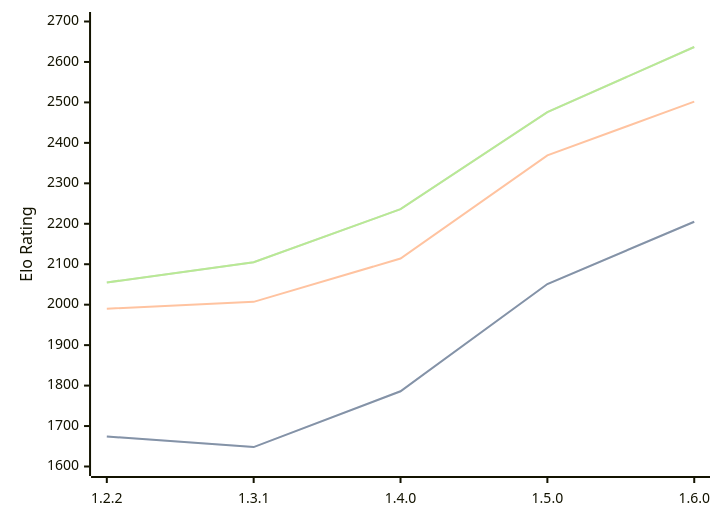
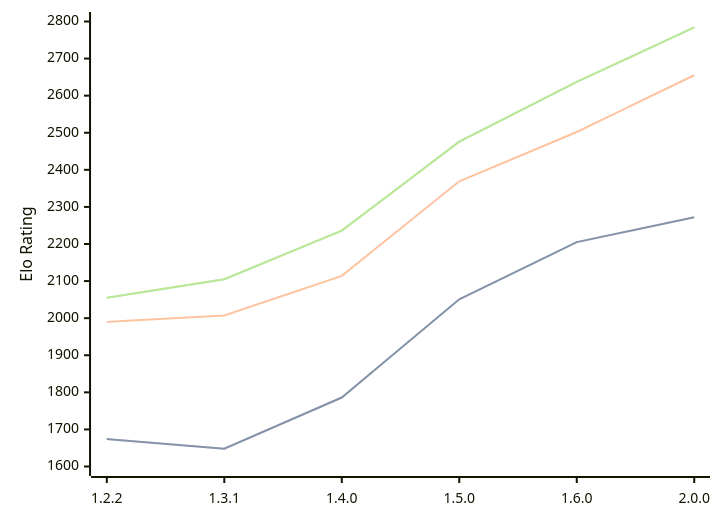
The diagram in engines/SoloEngine.md (computer-chess-index/cci), drawn with Mermaid before and after one commit. The commit also changed other lines of this file, not shown here.

Commit message:
Update CCI Ratings (ELO VLTC) - 2026-03-25

````diff
--- a/engines/SoloEngine.md
+++ b/engines/SoloEngine.md
@@ -36,11 +36,11 @@
 ```mermaid
 %%{init: {"theme":"base","themeVariables":{"seriesColors:['#a3a3a3','#222221','#faa371']}}}%%
 xychart-beta
-  x-axis ["1.2.2", "1.3.1", "1.4.0", "1.5.0", "1.6.0"]
-  y-axis "Elo Rating" 1600 --> 2700
-  line "STC (8.0+0.08s)" [1674, 1648, 1786, 2051, 2205]
-  line "STC (8.0+0.08s)" [1674, 1648, 1786, 2051, 2205]
-  line "LTC (60.0+0.60s)" [1990, 2007, 2114, 2369, 2502]
-  line "VLTC (2m24s+1.12s)" [2055, 2105, 2236, 2476, 2637]
-  line "VLTC (2m24s+1.12s)" [2055, 2105, 2236, 2476, 2637]
+  x-axis ["1.2.2", "1.3.1", "1.4.0", "1.5.0", "1.6.0", "2.0.0"]
+  y-axis "Elo Rating" 1600 --> 2800
+  line "STC (8.0+0.08s)" [1674, 1648, 1786, 2051, 2205, 2272]
+  line "STC (8.0+0.08s)" [1674, 1648, 1786, 2051, 2205, 2272]
+  line "LTC (60.0+0.60s)" [1990, 2007, 2114, 2369, 2502, 2655]
+  line "VLTC (2m24s+1.12s)" [2055, 2105, 2236, 2476, 2637, 2784]
+  line "VLTC (2m24s+1.12s)" [2055, 2105, 2236, 2476, 2637, 2784]
 ```
````
